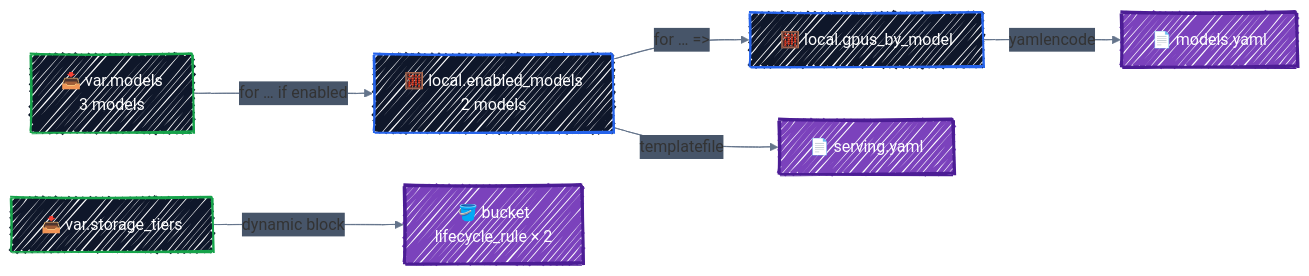
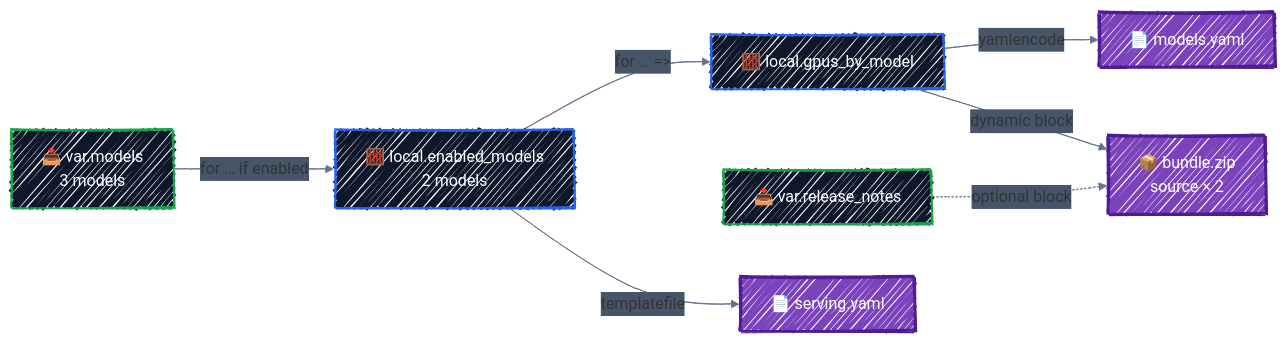
The diagram in docs/core-language/expressions.md (r97221004/terraform-tutorial), drawn with Mermaid before and after one commit. The commit also changed other lines of this file and 6 other files, not shown here.

````diff
--- a/docs/core-language/expressions.md
+++ b/docs/core-language/expressions.md
@@ -18,34 +18,35 @@
 ```mermaid
 ---
 config:
   look: handDrawn
   theme: default
   themeVariables:
     fontFamily: '"Comic Sans MS", "Comic Sans", "Segoe Print", "Bradley Hand", cursive'
     lineColor: '#64748B'
     edgeLabelBackground: '#475569'
   themeCSS: |
     .edgeLabel, .edgeLabel p, .edgeLabel span { color: #FFFFFF !important; }
 ---
 flowchart LR
     models["📥 var.models<br/>3 models"]
-    tiers["📥 var.storage_tiers"]
+    notes["📥 var.release_notes"]
     enabled["🧮 local.enabled_models<br/>2 models"]
     gpus["🧮 local.gpus_by_model"]
     serving["📄 serving.yaml"]
     index["📄 models.yaml"]
-    bucket["🪣 bucket<br/>lifecycle_rule × 2"]
+    bundle["📦 bundle.zip<br/>source × 2"]
 
     models -->|"for … if enabled"| enabled
     enabled -->|"for … =>"| gpus
     enabled -->|"templatefile"| serving
     gpus -->|"yamlencode"| index
-    tiers -->|"dynamic block"| bucket
+    gpus -->|"dynamic block"| bundle
+    notes -. "optional block" .-> bundle
 
     classDef ctrl fill:#0F172A,stroke:#2563EB,stroke-width:2px,color:#FFFFFF
     classDef eng fill:#7B42BC,stroke:#4C1D95,stroke-width:3px,color:#FFFFFF
     classDef tgt fill:#0F172A,stroke:#16A34A,stroke-width:2px,color:#FFFFFF
-    class models,tiers tgt
+    class models,notes tgt
     class enabled,gpus ctrl
-    class serving,index,bucket eng
+    class serving,index,bundle eng
 ```
````
